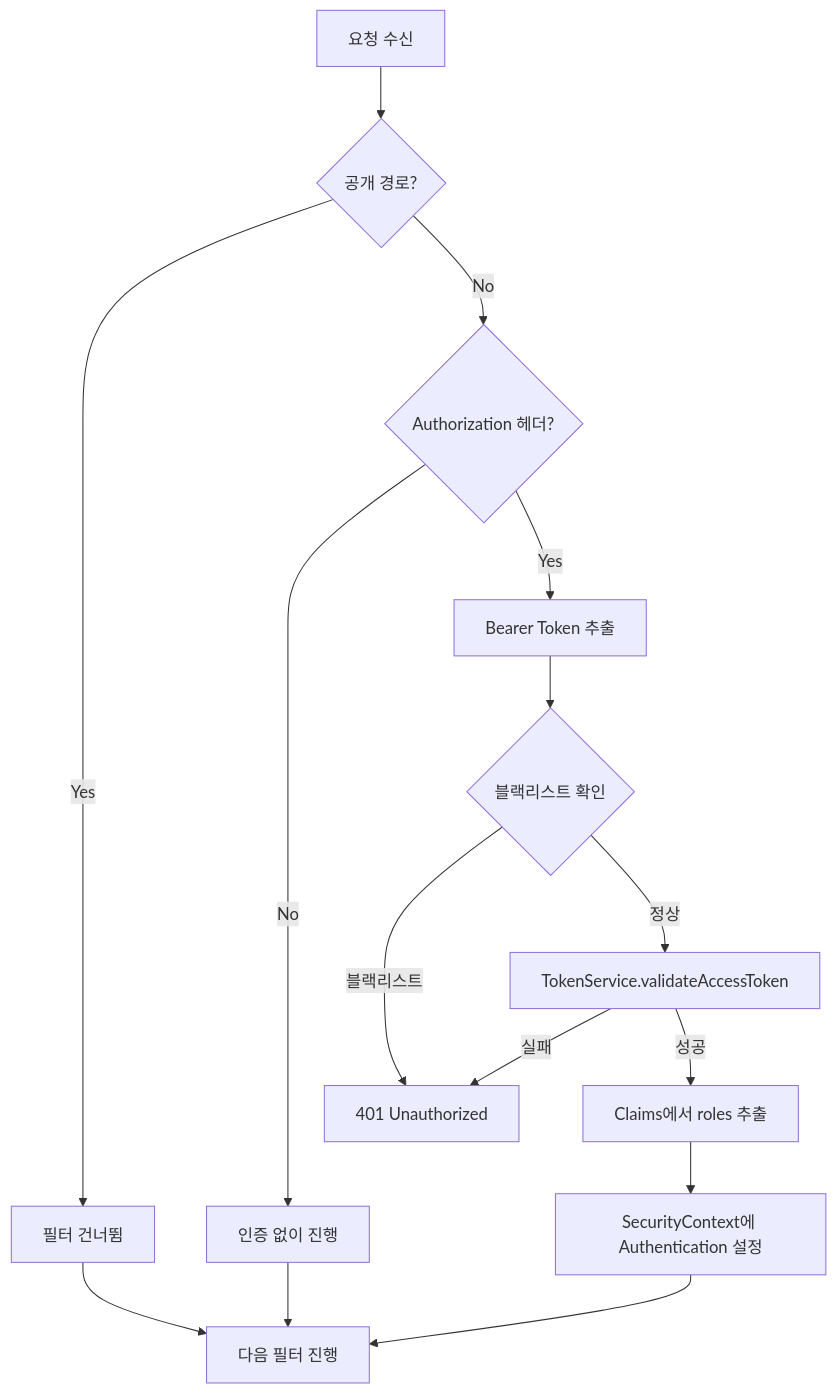
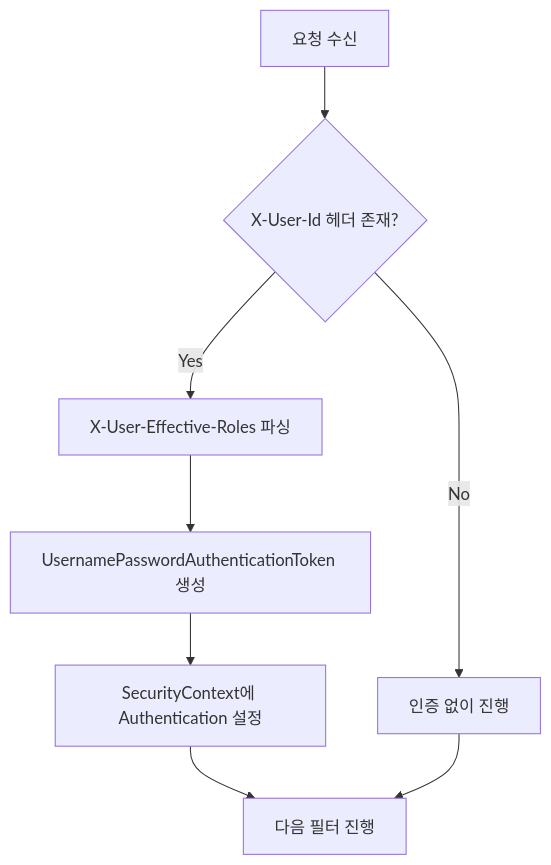
Before and after one commit to L-a-z-e/portal-universe: the sixth of 7 diagrams in docs/architecture/auth-service/data-flow.md, drawn with Mermaid. The commit also changed other lines of this file and 23 other files, not shown here.

````diff
--- a/docs/architecture/auth-service/data-flow.md
+++ b/docs/architecture/auth-service/data-flow.md
@@ -346,17 +346,10 @@
 ```mermaid
 flowchart TD
-    A[요청 수신] --> B{공개 경로?}
-    B -->|Yes| C[필터 건너뜀]
-    B -->|No| D{Authorization 헤더?}
-    D -->|No| E[인증 없이 진행]
-    D -->|Yes| F[Bearer Token 추출]
-    F --> G{블랙리스트 확인}
-    G -->|블랙리스트| H[401 Unauthorized]
-    G -->|정상| I[TokenService.validateAccessToken]
-    I -->|실패| H
-    I -->|성공| J[Claims에서 roles 추출]
-    J --> K[SecurityContext에 Authentication 설정]
-    K --> L[다음 필터 진행]
-    C --> L
-    E --> L
+    A[요청 수신] --> B{X-User-Id 헤더 존재?}
+    B -->|No| C[인증 없이 진행]
+    B -->|Yes| D[X-User-Effective-Roles 파싱]
+    D --> E[UsernamePasswordAuthenticationToken 생성]
+    E --> F[SecurityContext에 Authentication 설정]
+    F --> G[다음 필터 진행]
+    C --> G
 ```
````
